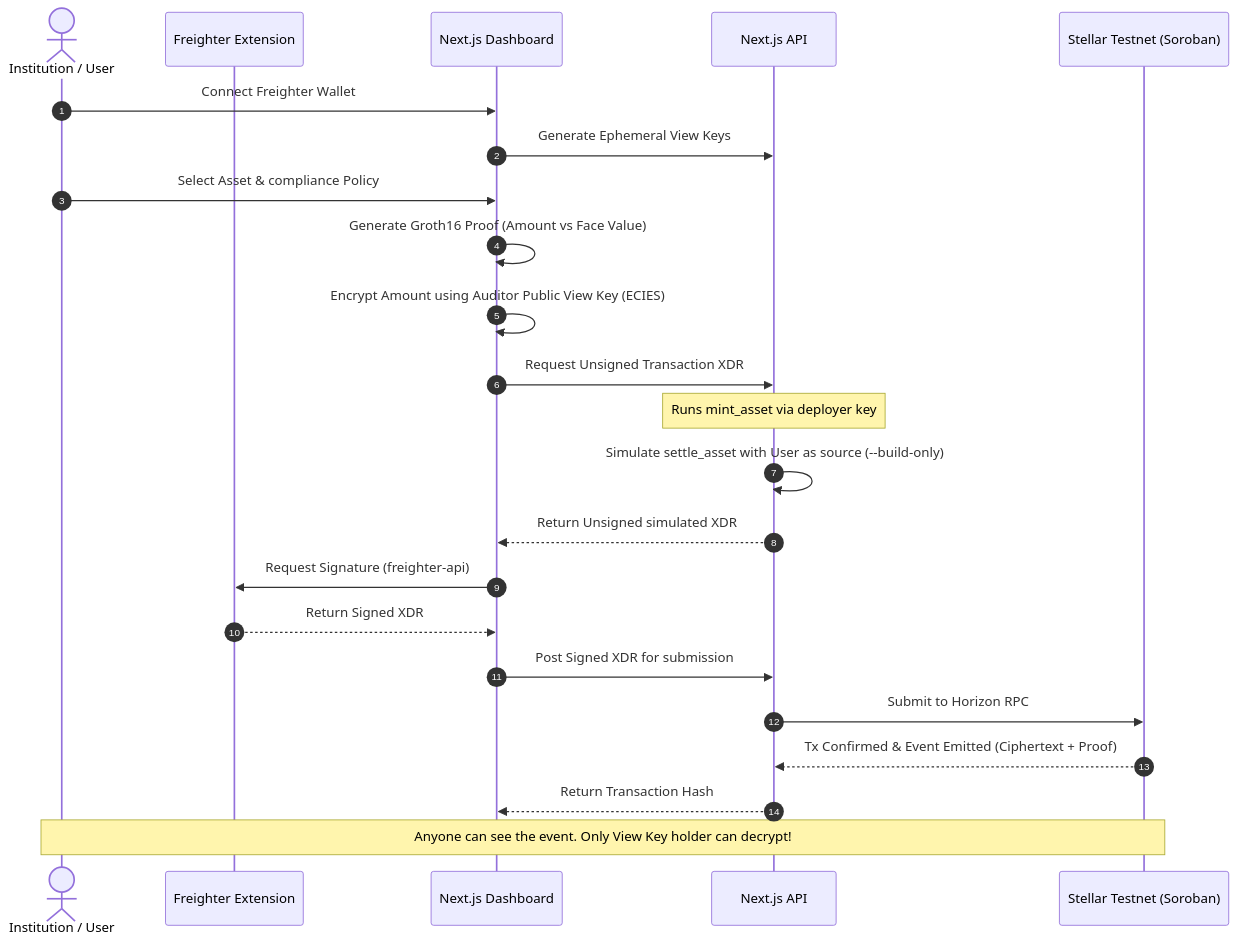
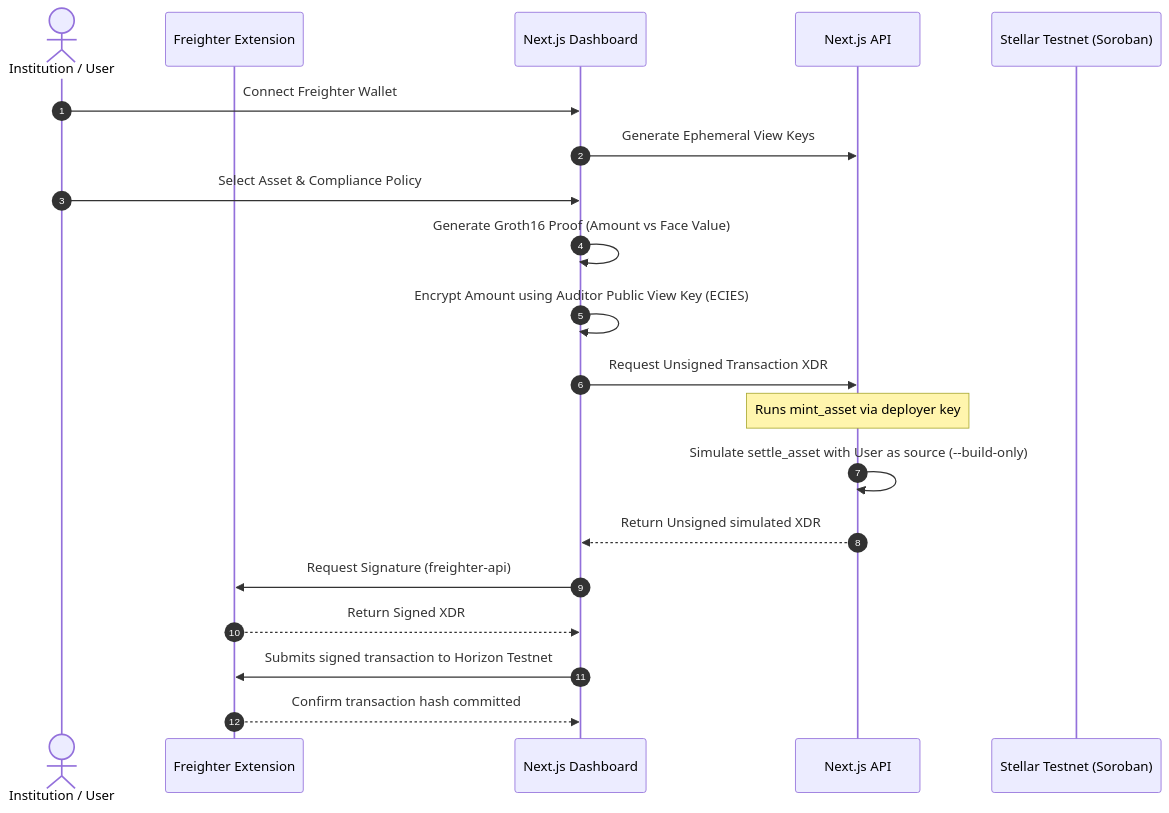
One commit to danielamodu/Lantern changed the diagram in README.md. Above: the diagram before and after it, drawn with Mermaid. The commit also changed other lines of this file and 22 other files, not shown here.

````diff
--- a/README.md
+++ b/README.md
@@ -13,26 +13,23 @@
 ```mermaid
 sequenceDiagram
     autonumber
     actor User as Institution / User
     participant Wallet as Freighter Extension
     participant FE as Next.js Dashboard
     participant BE as Next.js API
     participant Ledger as Stellar Testnet (Soroban)
 
     User->>FE: Connect Freighter Wallet
     FE->>BE: Generate Ephemeral View Keys
-    User->>FE: Select Asset & compliance Policy
+    User->>FE: Select Asset & Compliance Policy
     FE->>FE: Generate Groth16 Proof (Amount vs Face Value)
     FE->>FE: Encrypt Amount using Auditor Public View Key (ECIES)
     FE->>BE: Request Unsigned Transaction XDR
     Note over BE: Runs mint_asset via deployer key
     BE->>BE: Simulate settle_asset with User as source (--build-only)
     BE-->>FE: Return Unsigned simulated XDR
     FE->>Wallet: Request Signature (freighter-api)
     Wallet-->>FE: Return Signed XDR
-    FE->>BE: Post Signed XDR for submission
-    BE->>Ledger: Submit to Horizon RPC
-    Ledger-->>BE: Tx Confirmed & Event Emitted (Ciphertext + Proof)
-    BE-->>FE: Return Transaction Hash
-    Note over User, Ledger: Anyone can see the event. Only View Key holder can decrypt!
+    FE->>Wallet: Submits signed transaction to Horizon Testnet
+    Wallet-->>FE: Confirm transaction hash committed
 ```
````
